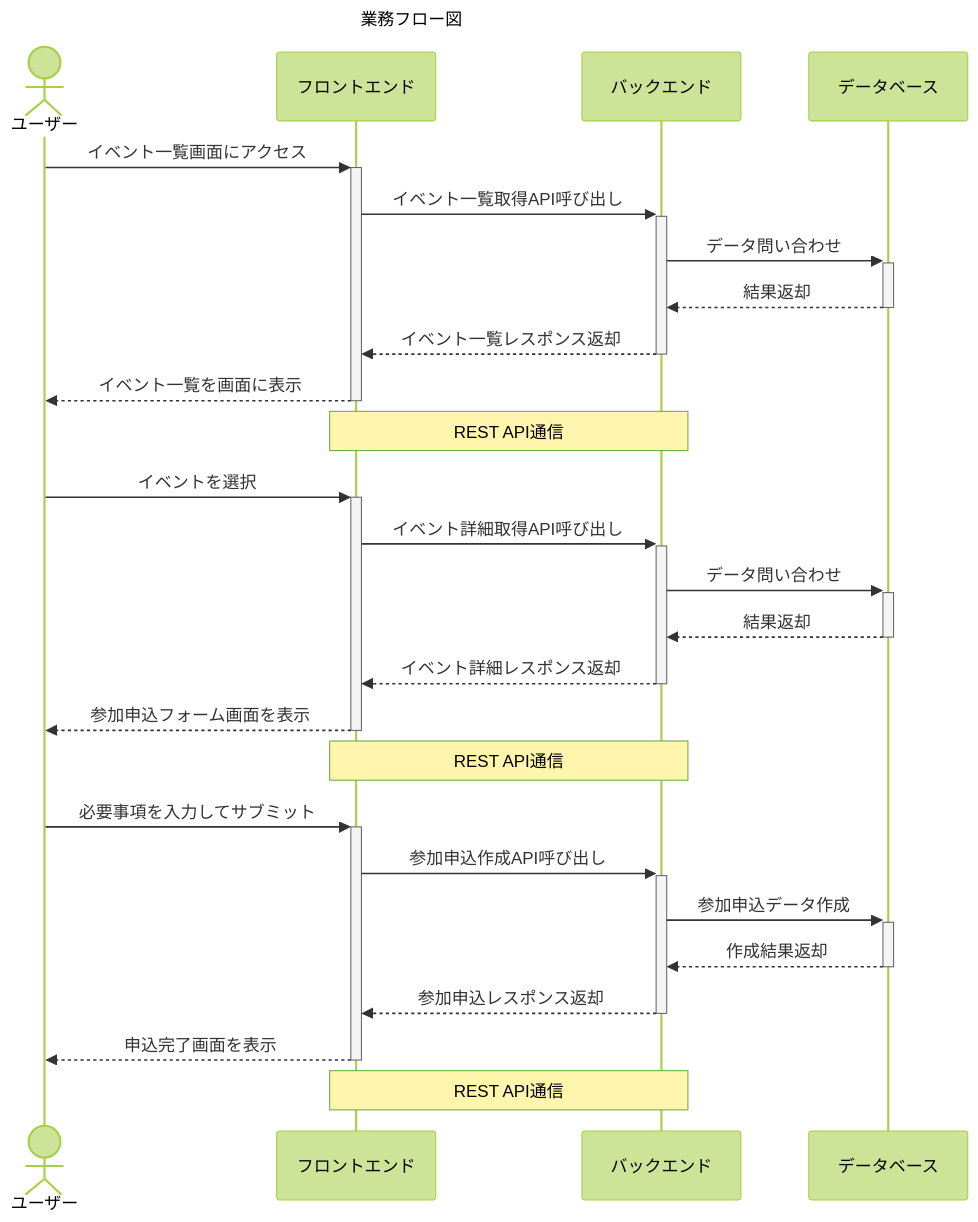
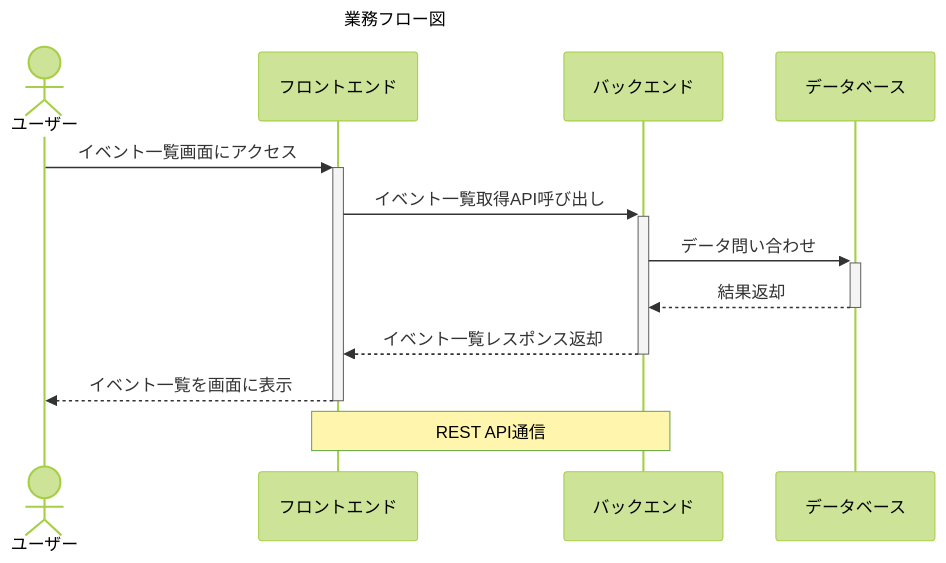
The diagram in docs/specifications/main/workflow.md (s-yamashita2/internship), drawn with Mermaid (forest theme) before and after one commit. The commit also changed 4 other files, not shown here.

````diff
--- a/docs/specifications/main/workflow.md
+++ b/docs/specifications/main/workflow.md
@@ -1,32 +1,16 @@
 ```mermaid
 sequenceDiagram
   title: 業務フロー図
   actor ユーザー
   participant フロントエンド
   participant バックエンド
   participant データベース
 
   ユーザー->>+フロントエンド: イベント一覧画面にアクセス
   フロントエンド->>+バックエンド: イベント一覧取得API呼び出し
   バックエンド->>+データベース: データ問い合わせ
   データベース-->>-バックエンド: 結果返却
   バックエンド-->>-フロントエンド: イベント一覧レスポンス返却
   フロントエンド-->>-ユーザー: イベント一覧を画面に表示
   Note over フロントエンド,バックエンド: REST API通信
-
-  ユーザー->>+フロントエンド: イベントを選択
-  フロントエンド->>+バックエンド: イベント詳細取得API呼び出し
-  バックエンド->>+データベース: データ問い合わせ
-  データベース-->>-バックエンド: 結果返却
-  バックエンド-->>-フロントエンド: イベント詳細レスポンス返却
-  フロントエンド-->>-ユーザー: 参加申込フォーム画面を表示
-  Note over フロントエンド,バックエンド: REST API通信
-
-  ユーザー->>+フロントエンド: 必要事項を入力してサブミット
-  フロントエンド->>+バックエンド: 参加申込作成API呼び出し
-  バックエンド->>+データベース: 参加申込データ作成
-  データベース-->>-バックエンド: 作成結果返却
-  バックエンド-->>-フロントエンド: 参加申込レスポンス返却
-  フロントエンド-->>-ユーザー: 申込完了画面を表示
-  Note over フロントエンド,バックエンド: REST API通信
 ```
````
